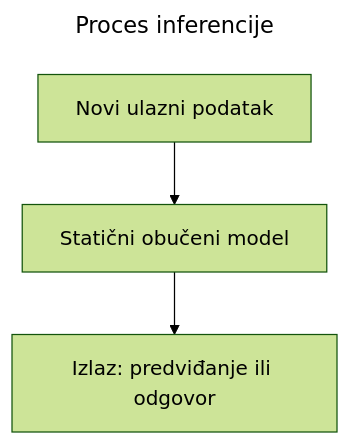
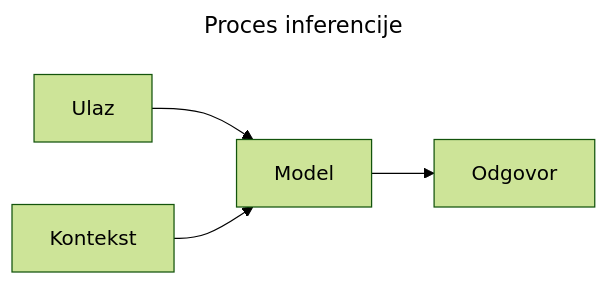
One commit to bperak/komunikacija_u_doba_ai changed the diagram in docs/diagrams/ch03_inferencija.mmd. Above: the diagram before and after it, drawn with Mermaid (forest theme). The commit also changed 1008 other files, not shown here.

Commit message:
Finalize book layout, diagrams, and manuscript cleanup

```diff
--- a/docs/diagrams/ch03_inferencija.mmd
+++ b/docs/diagrams/ch03_inferencija.mmd
@@ -1,6 +1,7 @@
 ---
 title: Proces inferencije
 ---
-flowchart TD
-Ulaz[Novi ulazni podatak] --> Model[Statični obučeni model]
-Model --> Izlaz[Izlaz: predviđanje ili odgovor]
+flowchart LR
+Ulaz[Ulaz] --> Model[Model]
+Kontekst[Kontekst] --> Model
+Model --> Izlaz[Odgovor]
```
